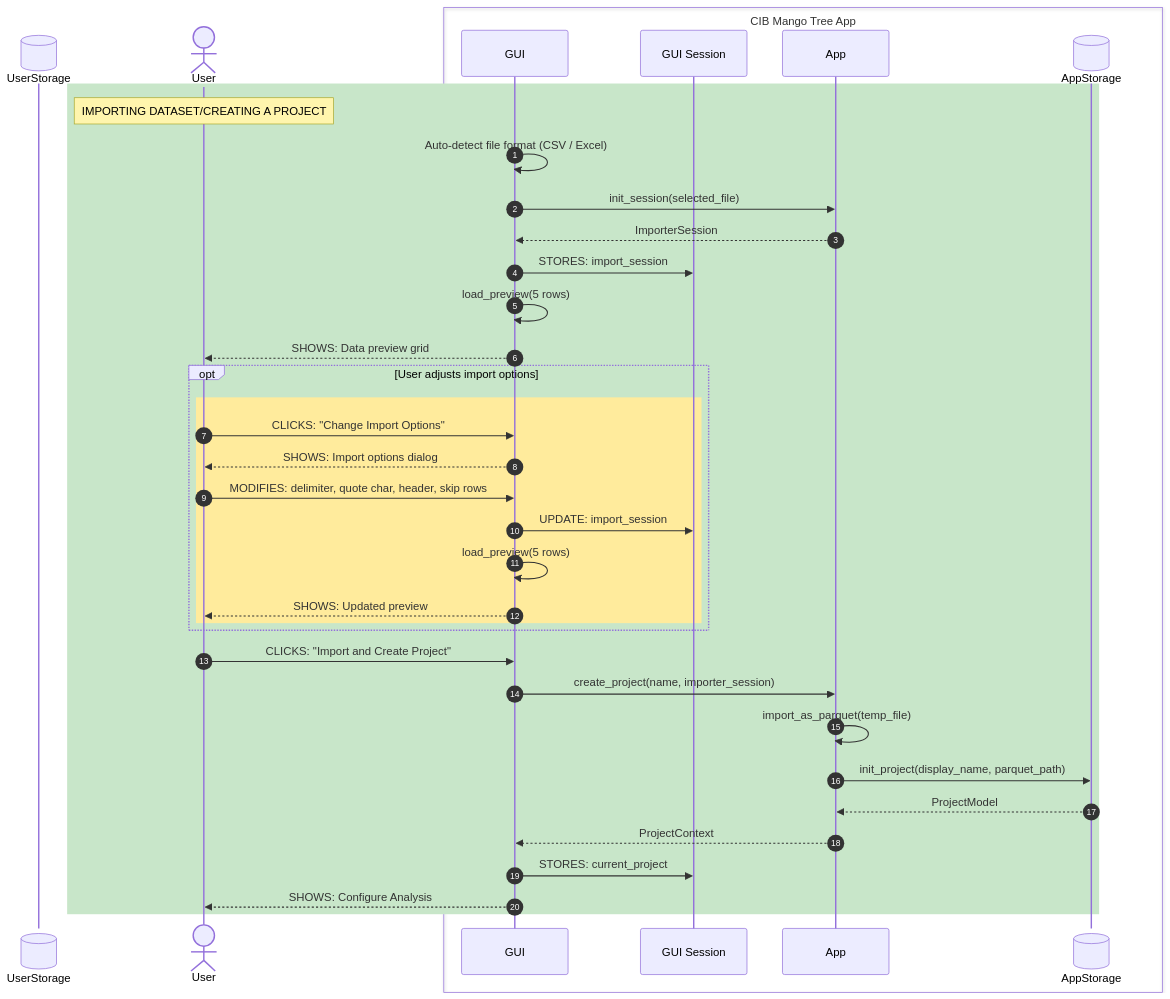
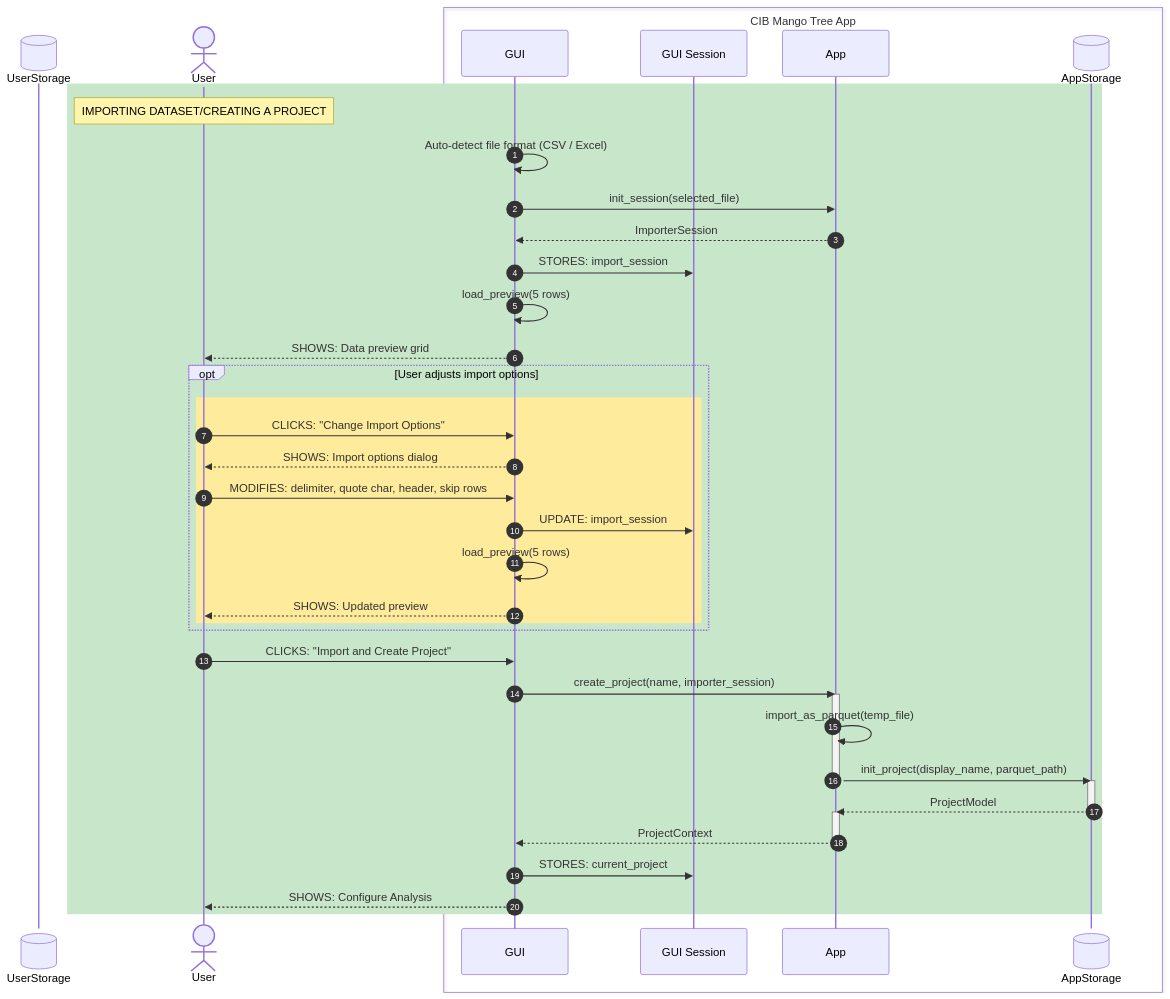
The fourth of 4 diagrams in gui/README.md (civictechdc/cib-mango-tree), drawn with Mermaid before and after one commit. The commit also changed other lines of this file, not shown here.

Commit message:
docs: update readme on entry points

````diff
--- a/gui/README.md
+++ b/gui/README.md
@@ -149,42 +145,48 @@
 ```mermaid
 sequenceDiagram
     autonumber
     participant UserStorage@{ "type": "database" }
     actor User
     box CIB Mango Tree App
         participant GUI
         participant GUI Session
         participant App
         participant AppStorage@{ "type": "database" }
     end
 
     rect rgb(200, 230, 201)
     note over User: IMPORTING DATASET/CREATING A PROJECT
     GUI->>GUI: Auto-detect file format (CSV / Excel)
     GUI->>App: init_session(selected_file)
     App-->>GUI: ImporterSession
     GUI->>GUI Session: STORES: import_session
     GUI->>GUI: load_preview(5 rows)
     GUI-->>User: SHOWS: Data preview grid
 
     opt User adjusts import options
         rect rgb(255, 235, 156)
             User->>GUI: CLICKS: "Change Import Options"
             GUI-->>User: SHOWS: Import options dialog
             User->>GUI: MODIFIES: delimiter, quote char, header, skip rows
             GUI->>GUI Session: UPDATE: import_session
             GUI->>GUI: load_preview(5 rows)
             GUI-->>User: SHOWS: Updated preview
         end
     end
 
     User->>GUI: CLICKS: "Import and Create Project"
     GUI->>App: create_project(name, importer_session)
-    App->>App: import_as_parquet(temp_file)
-    App->>AppStorage: init_project(display_name, parquet_path)
-    AppStorage-->>App: ProjectModel
-    App-->>GUI: ProjectContext
+    activate App
+        App->>App: import_as_parquet(temp_file)
+        App->>AppStorage: init_project(display_name, parquet_path)
+    deactivate App
+        activate AppStorage
+            AppStorage-->>App: ProjectModel
+        deactivate AppStorage
+    activate App 
+        App-->>GUI: ProjectContext
+    deactivate App
     GUI->>GUI Session: STORES: current_project
     GUI-->>User: SHOWS: Configure Analysis
     end
 ```
````
